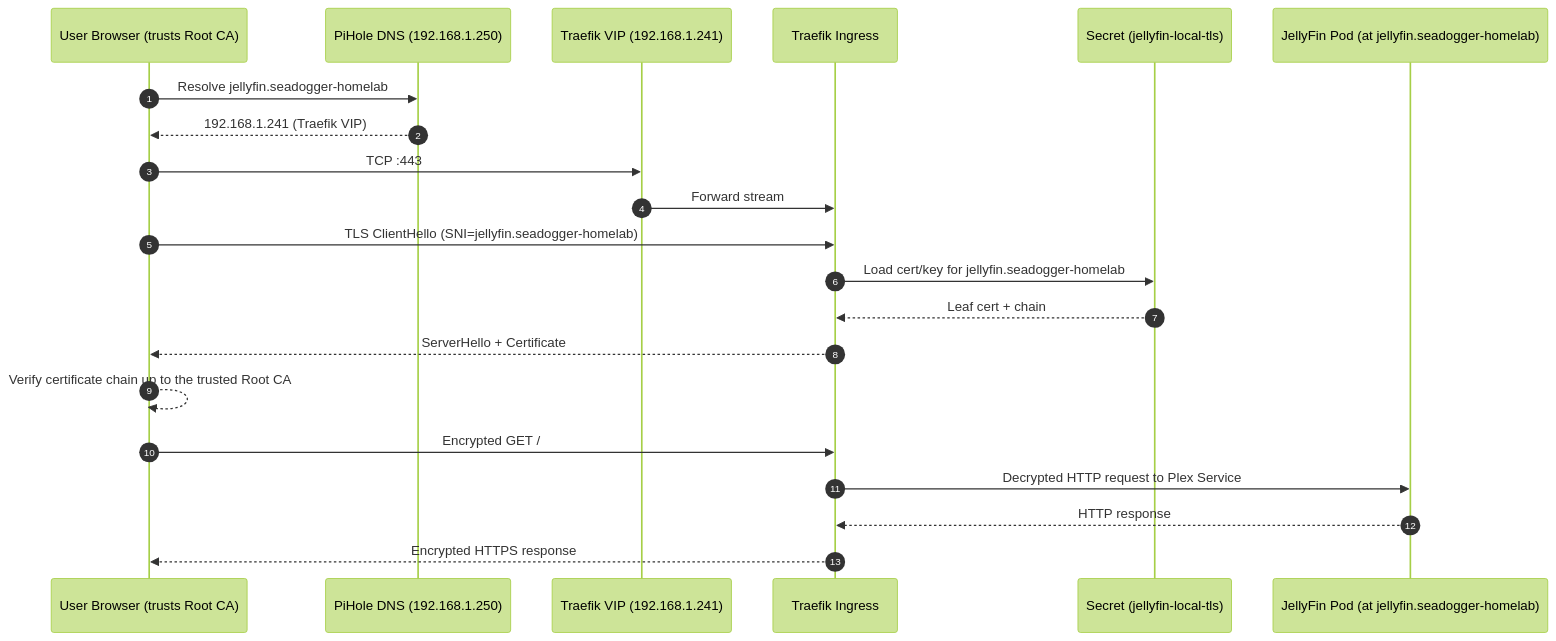
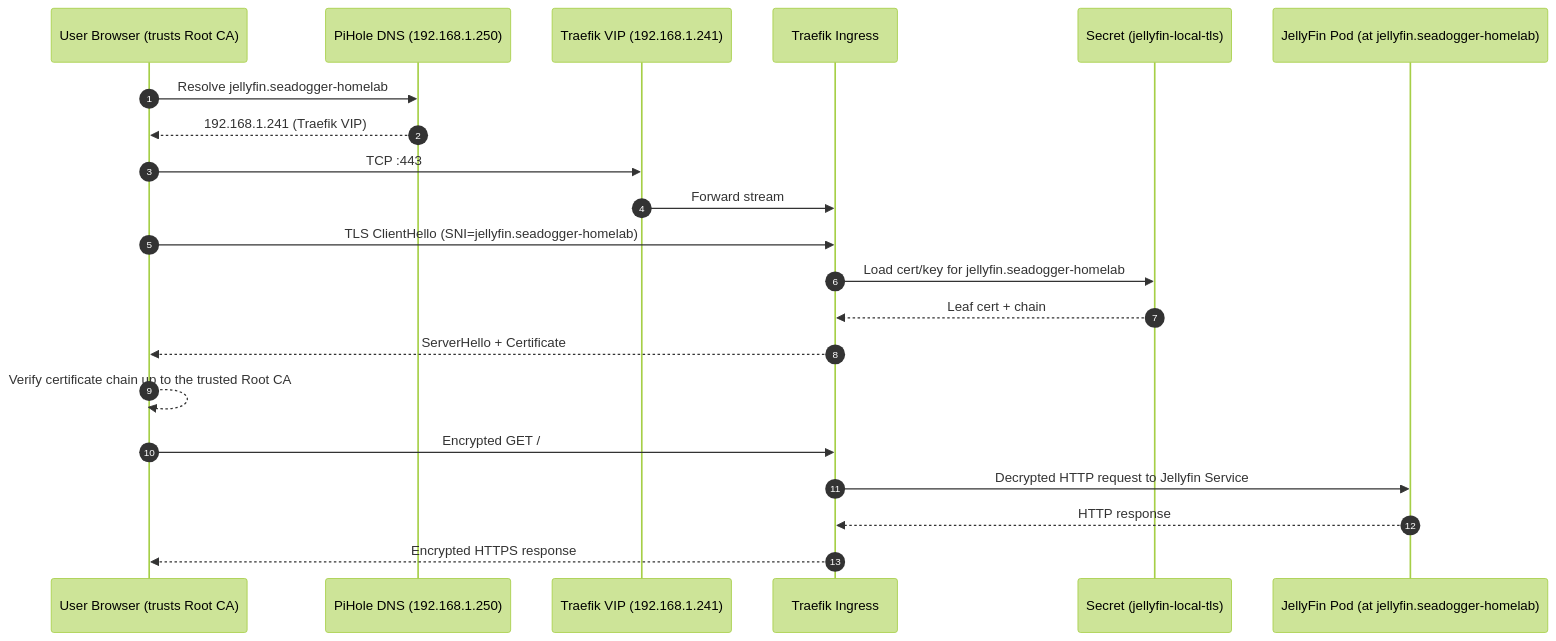
The fourth of 8 diagrams in docs/wiki/08-Security-and-Certificates.md (seadogger-tech/seadogger-homelab), drawn with Mermaid (forest theme) before and after one commit. The commit also changed other lines of this file and 21 other files, not shown here.

````diff
--- a/docs/wiki/08-Security-and-Certificates.md
+++ b/docs/wiki/08-Security-and-Certificates.md
@@ -148,24 +151,24 @@
 ```mermaid
 sequenceDiagram
     autonumber
     participant U as User Browser (trusts Root CA)
     participant DNS as PiHole DNS (192.168.1.250)
     participant LB as Traefik VIP (192.168.1.241)
     participant TR as Traefik Ingress
     participant KS as Secret (jellyfin-local-tls)
     participant POD as JellyFin Pod (at jellyfin.seadogger-homelab)
 
     U->>DNS: Resolve jellyfin.seadogger-homelab
     DNS-->>U: 192.168.1.241 (Traefik VIP)
     U->>LB: TCP :443
     LB->>TR: Forward stream
     U->>TR: TLS ClientHello (SNI=jellyfin.seadogger-homelab)
     TR->>KS: Load cert/key for jellyfin.seadogger-homelab
     KS-->>TR: Leaf cert + chain
     TR-->>U: ServerHello + Certificate
     U-->>U: Verify certificate chain up to the trusted Root CA
     U->>TR: Encrypted GET /
-    TR->>POD: Decrypted HTTP request to Plex Service
+    TR->>POD: Decrypted HTTP request to Jellyfin Service
     POD-->>TR: HTTP response
     TR-->>U: Encrypted HTTPS response
 ```
````
